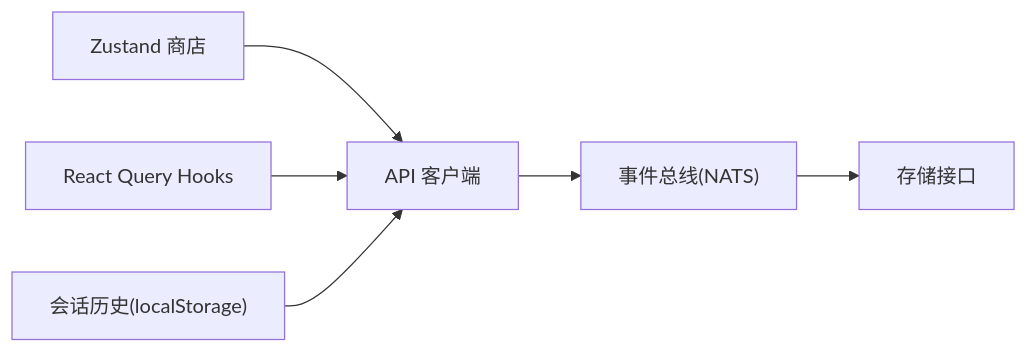
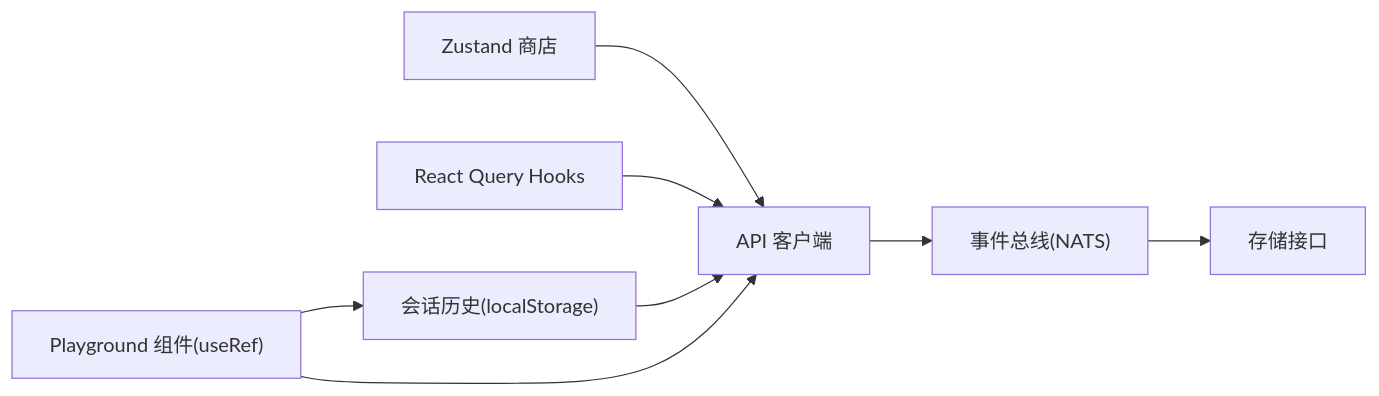
Before and after one commit to ai-guru-global/resolve-agent: the eighth of 8 diagrams in .qoder/repowiki/zh/content/用户界面/Web 界面/状态管理.md, drawn with Mermaid. The commit also changed other lines of this file and 34 other files, not shown here.

````diff
--- a/.qoder/repowiki/zh/content/用户界面/Web 界面/状态管理.md
+++ b/.qoder/repowiki/zh/content/用户界面/Web 界面/状态管理.md
@@ -301,8 +332,10 @@
 ```mermaid
 graph LR
 Z["Zustand 商店"] --> API["API 客户端"]
 RQ["React Query Hooks"] --> API
 LSC["会话历史(localStorage)"] --> API
+PG["Playground 组件(useRef)"] --> LSC
+PG --> API
 API --> EVT["事件总线(NATS)"]
 EVT --> ST["存储接口"]
 ```
````
